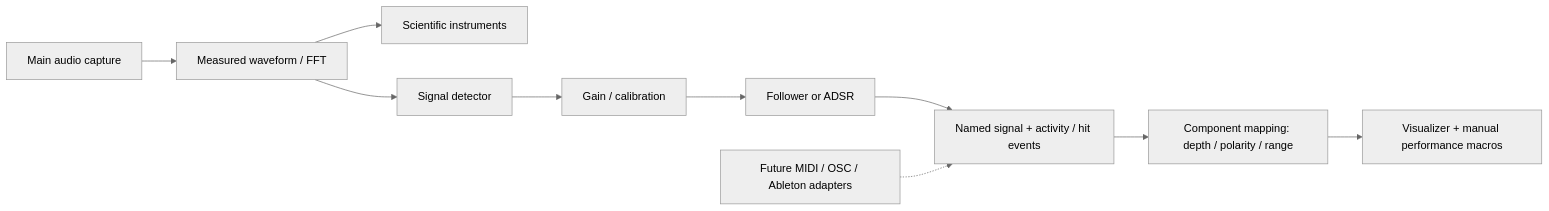
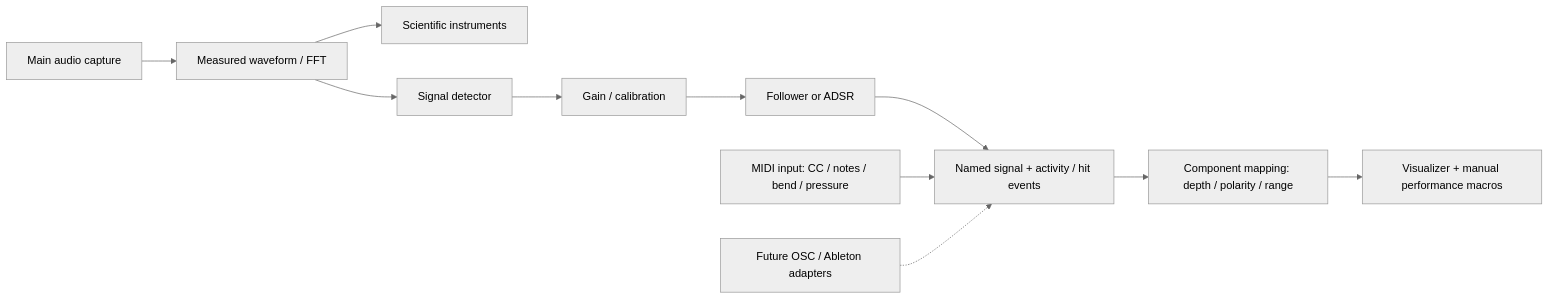
The diagram in docs/signal-sources.md (pat-riley/symphos), drawn with Mermaid (neutral theme) before and after one commit. The commit also changed other lines of this file and 14 other files, not shown here.

````diff
--- a/docs/signal-sources.md
+++ b/docs/signal-sources.md
@@ -8,12 +8,13 @@
 ```mermaid
 flowchart LR
   A[Main audio capture] --> B[Measured waveform / FFT]
   B --> C[Scientific instruments]
   B --> D[Signal detector]
   D --> E[Gain / calibration]
   E --> F[Follower or ADSR]
   F --> G[Named signal + activity / hit events]
   G --> H[Component mapping: depth / polarity / range]
   H --> I[Visualizer + manual performance macros]
-  J[Future MIDI / OSC / Ableton adapters] -.-> G
+  J[MIDI input: CC / notes / bend / pressure] --> G
+  K[Future OSC / Ableton adapters] -.-> G
 ```
````
